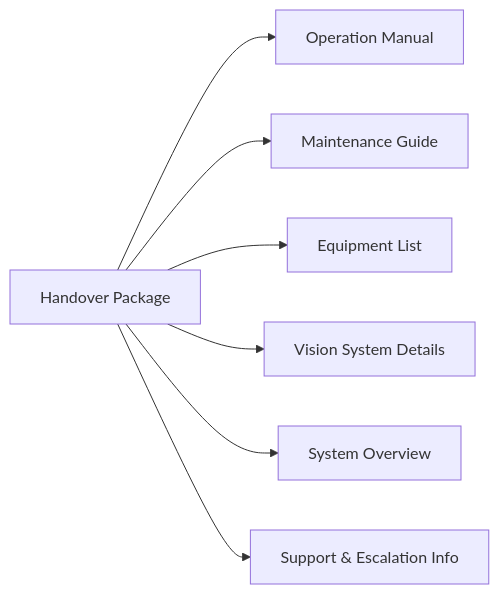
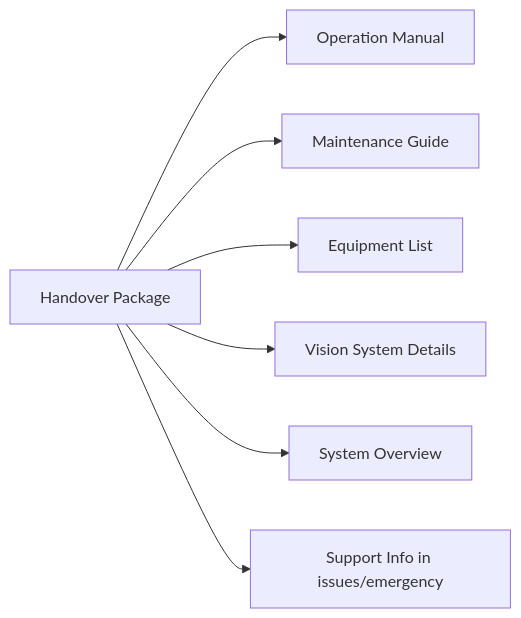
One commit to ShoaibSajid/PM changed the second of 3 diagrams in TEAM_AND_HANDOVER.md. Above: the diagram before and after it, drawn with Mermaid. The commit also changed other lines of this file, not shown here.

Commit message:
Update team structure documentation

````diff
--- a/TEAM_AND_HANDOVER.md
+++ b/TEAM_AND_HANDOVER.md
@@ -42,10 +41,10 @@
 ```mermaid
 flowchart LR
   D0[Handover Package]
   D0 --> D1[Operation Manual]
   D0 --> D2[Maintenance Guide]
   D0 --> D3[Equipment List]
   D0 --> D4[Vision System Details]
   D0 --> D5[System Overview]
-  D0 --> D6[Support & Escalation Info]
+  D0 --> D6[Support Info in issues/emergency]
 ```
````
